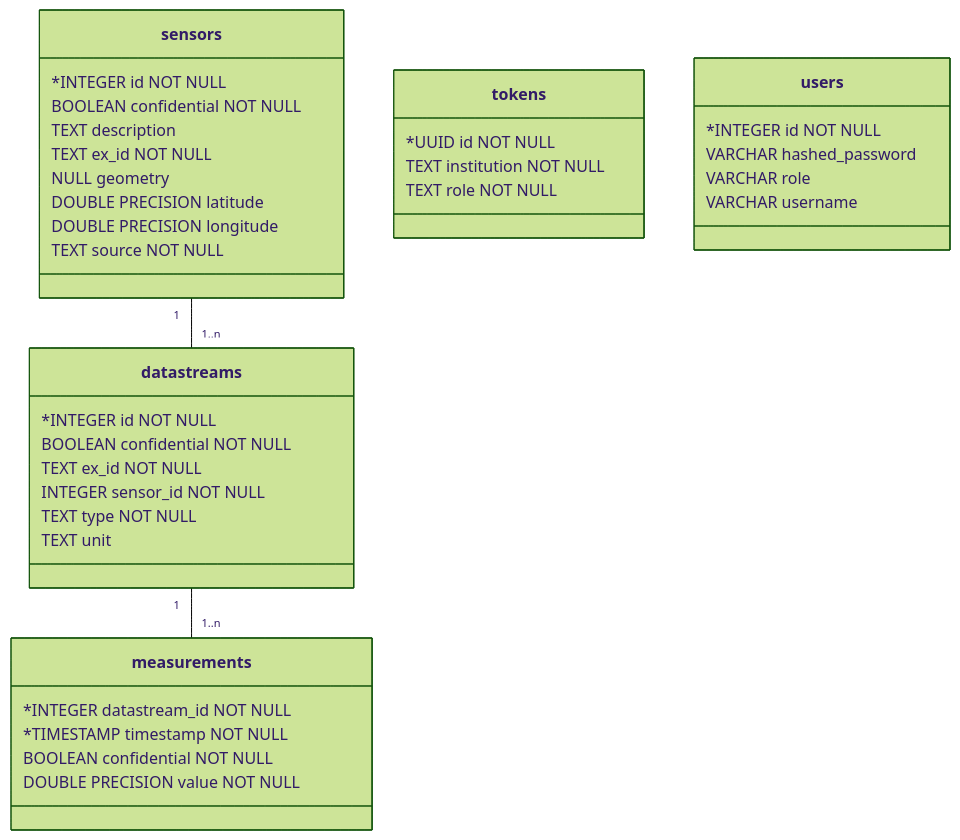
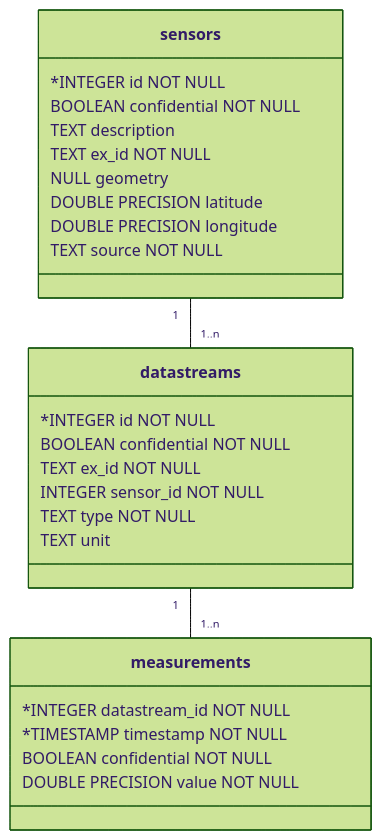
One commit to NOWUM/Ac-DatEP changed the diagram in README.md. Above: the diagram before and after it, drawn with Mermaid (forest theme).

Commit message:
Removed users + tokens tables from classDiagram

````diff
--- a/README.md
+++ b/README.md
@@ -21,40 +21,29 @@
 ```mermaid
 classDiagram
 class sensors{
  *INTEGER id NOT NULL
    BOOLEAN confidential NOT NULL
    TEXT description
    TEXT ex_id NOT NULL
    NULL geometry
    DOUBLE PRECISION latitude
    DOUBLE PRECISION longitude
    TEXT source NOT NULL
 }
 class datastreams{
  *INTEGER id NOT NULL
    BOOLEAN confidential NOT NULL
    TEXT ex_id NOT NULL
    INTEGER sensor_id NOT NULL
    TEXT type NOT NULL
    TEXT unit
 }
 class measurements{
  *INTEGER datastream_id NOT NULL
    *TIMESTAMP timestamp NOT NULL
    BOOLEAN confidential NOT NULL
    DOUBLE PRECISION value NOT NULL
 }
-class tokens{
- *UUID id NOT NULL
-   TEXT institution NOT NULL
-   TEXT role NOT NULL
-}
-class users{
- *INTEGER id NOT NULL
-   VARCHAR hashed_password
-   VARCHAR role
-   VARCHAR username
-}
 sensors "1" -- "1..n" datastreams
 datastreams "1" -- "1..n" measurements
 ```
````
